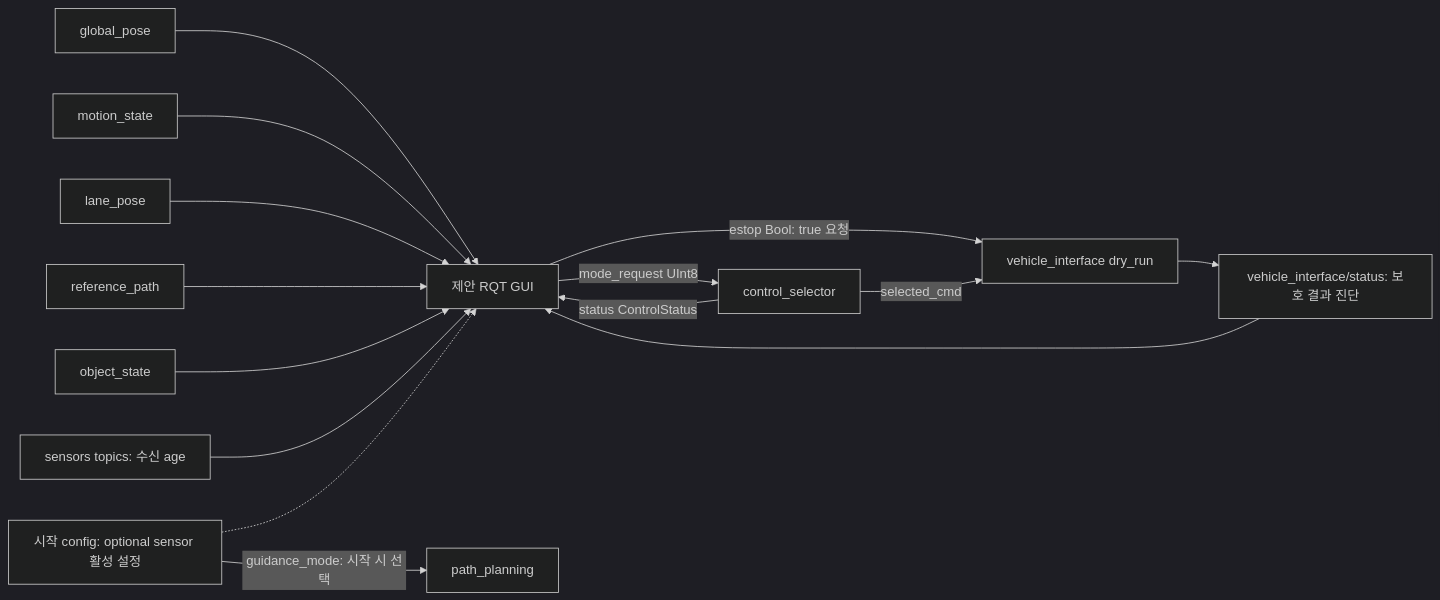
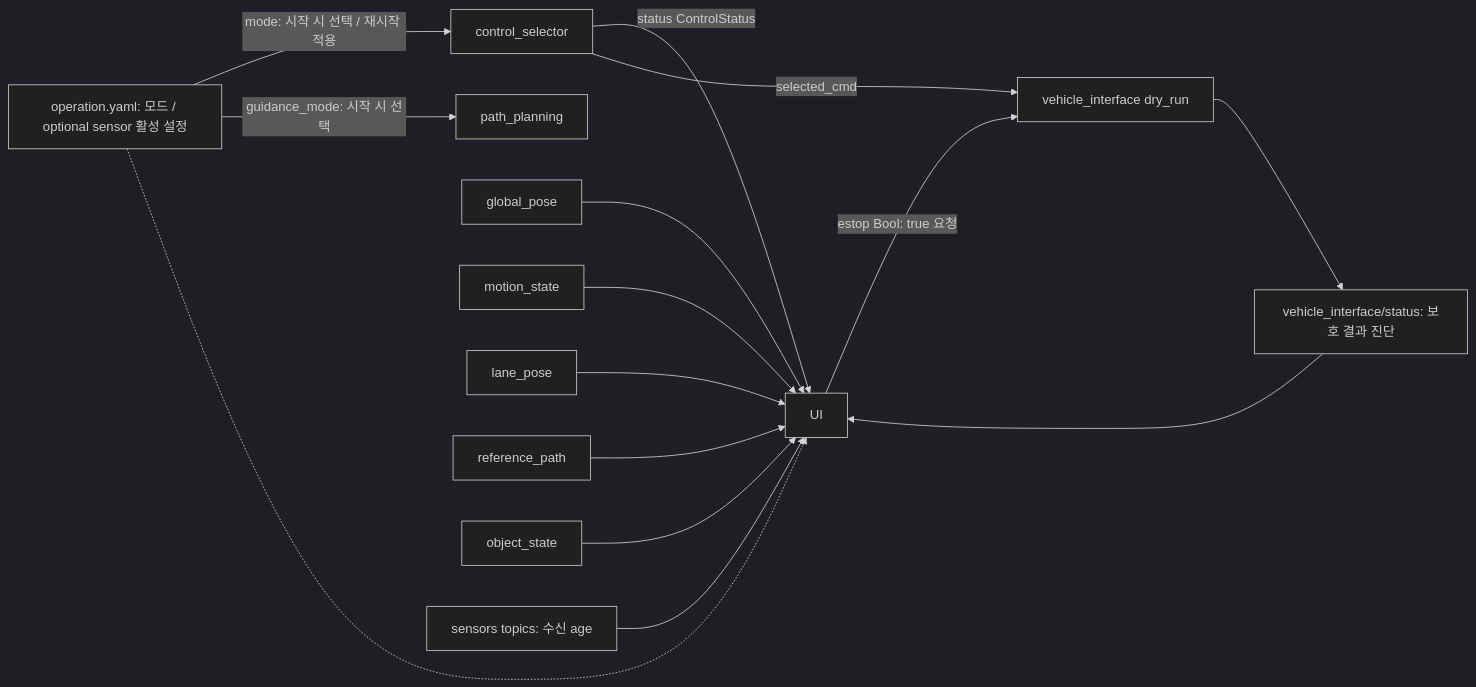
One commit to planta223/control_manager changed the fourth of 4 diagrams in doc/guidance_modes.md. Above: the diagram before and after it, drawn with Mermaid (dark theme). The commit also changed other lines of this file and 11 other files, not shown here.

Commit message:
control selector 구독토픽 삭제

````diff
--- a/doc/guidance_modes.md
+++ b/doc/guidance_modes.md
@@ -180,17 +180,17 @@
 ```mermaid
 flowchart LR
-  UI[제안 RQT GUI] -->|mode_request UInt8| CM[control_selector]
+  CFG -->|mode: 시작 시 선택 / 재시작 적용| CM[control_selector]
   CFG -->|guidance_mode: 시작 시 선택| PP[path_planning]
   CM -->|status ControlStatus| UI
   GP[global_pose] --> UI
   MS[motion_state] --> UI
   LN[lane_pose] --> UI
   RP[reference_path] --> UI
   OS[object_state] --> UI
   VS[vehicle_interface/status: 보호 결과 진단] --> UI
   RX[sensors topics: 수신 age] --> UI
-  CFG[시작 config: optional sensor 활성 설정] -.-> UI
+  CFG[operation.yaml: 모드 / optional sensor 활성 설정] -.-> UI
   UI -->|estop Bool: true 요청| VI[vehicle_interface dry_run]
   CM -->|selected_cmd| VI
   VI --> VS
 ```
````
